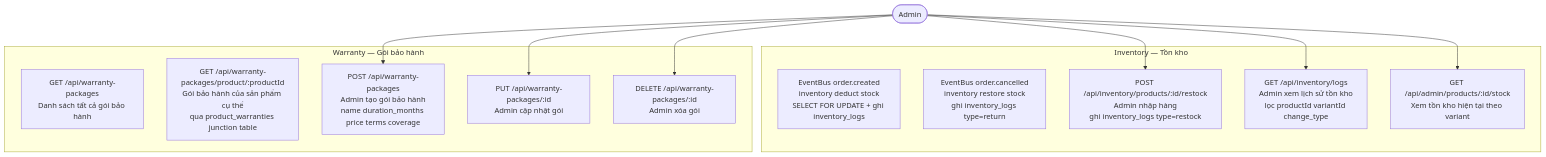
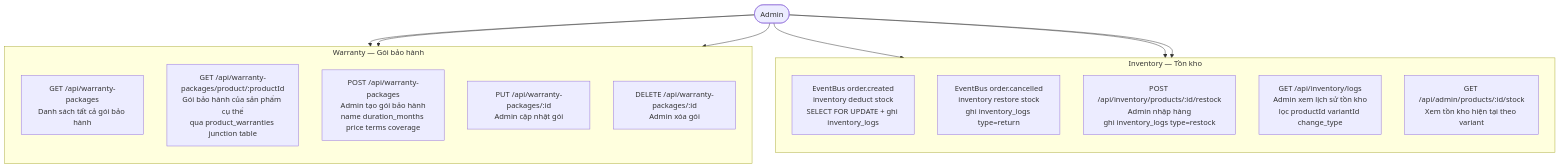
One commit to MinhThang1009/E-commerce-website changed the seventh of 29 diagrams in DIAGRAMS.md. Above: the diagram before and after it, drawn with Mermaid. The commit also changed other lines of this file, not shown here.

````diff
--- a/DIAGRAMS.md
+++ b/DIAGRAMS.md
@@ -286,27 +297,29 @@
 ```mermaid
 flowchart TB
     Admin(["Admin"])
 
     subgraph INVENTORY["Inventory — Tồn kho"]
+        direction TB
         I1["EventBus order.created\ninventory deduct stock\nSELECT FOR UPDATE + ghi inventory_logs"]
         I2["EventBus order.cancelled\ninventory restore stock\nghi inventory_logs type=return"]
         I3["POST /api/inventory/products/:id/restock\nAdmin nhập hàng\nghi inventory_logs type=restock"]
         I4["GET /api/inventory/logs\nAdmin xem lịch sử tồn kho\nlọc productId variantId change_type"]
         I5["GET /api/admin/products/:id/stock\nXem tồn kho hiện tại theo variant"]
     end
 
     subgraph WARRANTY["Warranty — Gói bảo hành"]
+        direction TB
         W1["GET /api/warranty-packages\nDanh sách tất cả gói bảo hành"]
         W2["GET /api/warranty-packages/product/:productId\nGói bảo hành của sản phẩm cụ thể\nqua product_warranties junction table"]
         W3["POST /api/warranty-packages\nAdmin tạo gói bảo hành\nname duration_months price terms coverage"]
         W4["PUT /api/warranty-packages/:id\nAdmin cập nhật gói"]
         W5["DELETE /api/warranty-packages/:id\nAdmin xóa gói"]
     end
 
     Admin --> I3
     Admin --> I4
     Admin --> I5
     Admin --> W3
     Admin --> W4
     Admin --> W5
 ```
````
